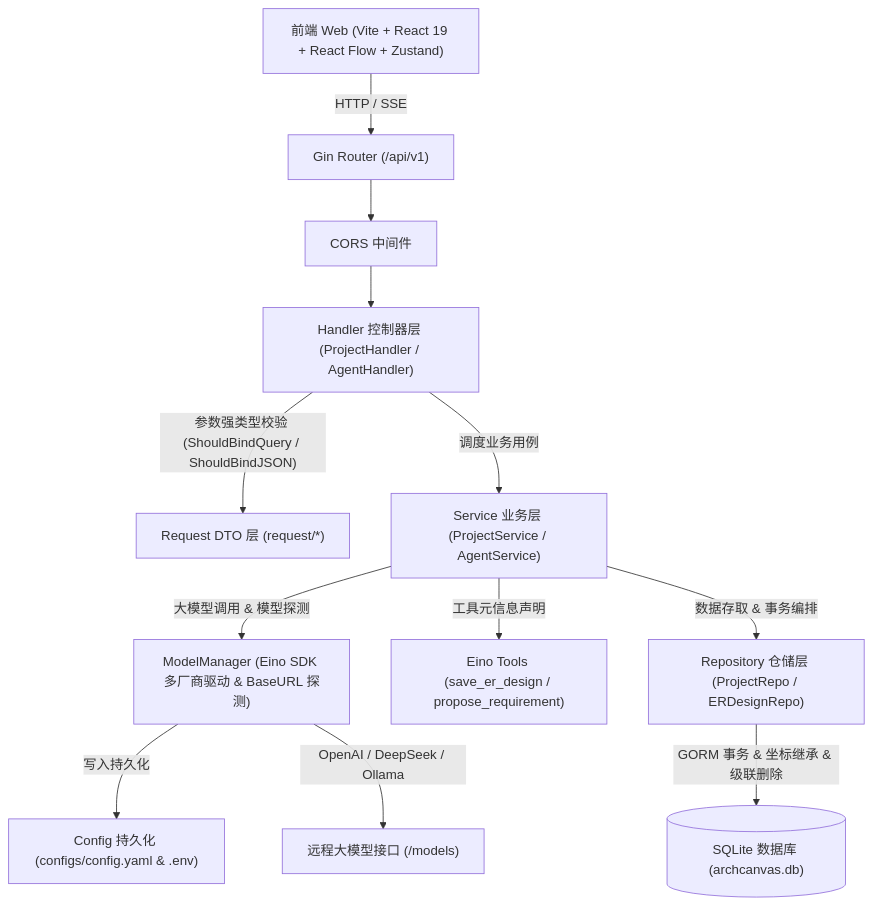
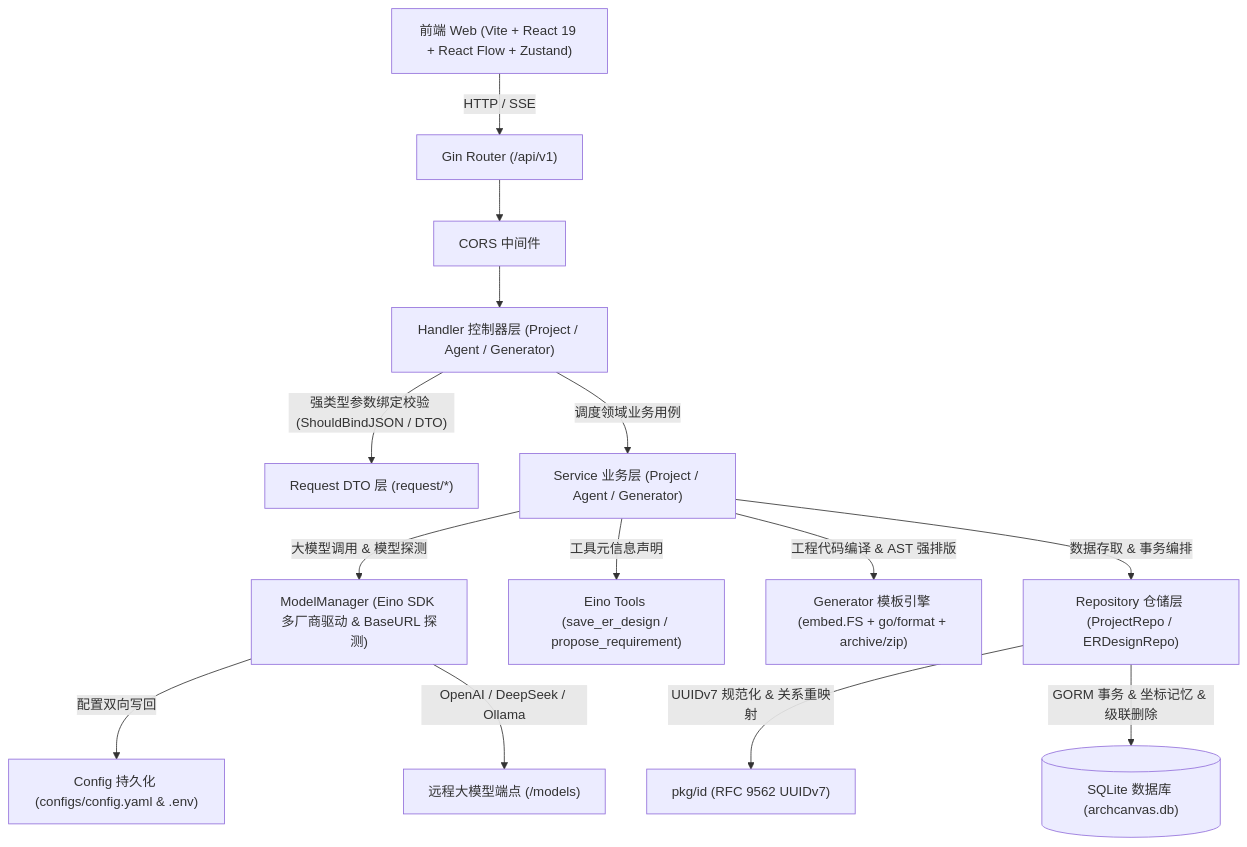
Before and after one commit to YN1753/ArchCanvas: the diagram in README.md, drawn with Mermaid. The commit also changed other lines of this file and 6 other files, not shown here.

Commit message:
修复 Agent 物理建模 Prompt 中的表名与主键概念耦合，采用 uuidv7作为主键

````diff
--- a/README.md
+++ b/README.md
@@ -93,17 +104,20 @@
 ```mermaid
 flowchart TD
     Client["前端 Web (Vite + React 19 + React Flow + Zustand)"] -->|"HTTP / SSE"| Router["Gin Router (/api/v1)"]
     Router --> Middleware["CORS 中间件"]
-    Middleware --> Handler["Handler 控制器层 (ProjectHandler / AgentHandler)"]
+    Middleware --> Handler["Handler 控制器层 (Project / Agent / Generator)"]
     
-    Handler -->|"参数强类型校验 (ShouldBindQuery / ShouldBindJSON)"| DTO["Request DTO 层 (request/*)"]
-    Handler -->|"调度业务用例"| Service["Service 业务层 (ProjectService / AgentService)"]
+    Handler -->|"强类型参数绑定校验 (ShouldBindJSON / DTO)"| DTO["Request DTO 层 (request/*)"]
+    Handler -->|"调度领域业务用例"| Service["Service 业务层 (Project / Agent / Generator)"]
     
     Service -->|"大模型调用 & 模型探测"| AgentMgr["ModelManager (Eino SDK 多厂商驱动 & BaseURL 探测)"]
-    AgentMgr -->|"写入持久化"| Config["Config 持久化 (configs/config.yaml & .env)"]
-    AgentMgr -->|"OpenAI / DeepSeek / Ollama"| LLM["远程大模型接口 (/models)"]
+    AgentMgr -->|"配置双向写回"| Config["Config 持久化 (configs/config.yaml & .env)"]
+    AgentMgr -->|"OpenAI / DeepSeek / Ollama"| LLM["远程大模型端点 (/models)"]
     Service -->|"工具元信息声明"| Tools["Eino Tools (save_er_design / propose_requirement)"]
     
+    Service -->|"工程代码编译 & AST 强排版"| GenEng["Generator 模板引擎 (embed.FS + go/format + archive/zip)"]
+    
     Service -->|"数据存取 & 事务编排"| Repo["Repository 仓储层 (ProjectRepo / ERDesignRepo)"]
-    Repo -->|"GORM 事务 & 坐标继承 & 级联删除"| SQLite[("SQLite 数据库 (archcanvas.db)")]
+    Repo -->|"UUIDv7 规范化 & 关系重映射"| IDPkg["pkg/id (RFC 9562 UUIDv7)"]
+    Repo -->|"GORM 事务 & 坐标记忆 & 级联删除"| SQLite[("SQLite 数据库 (archcanvas.db)")]
 ```
````
